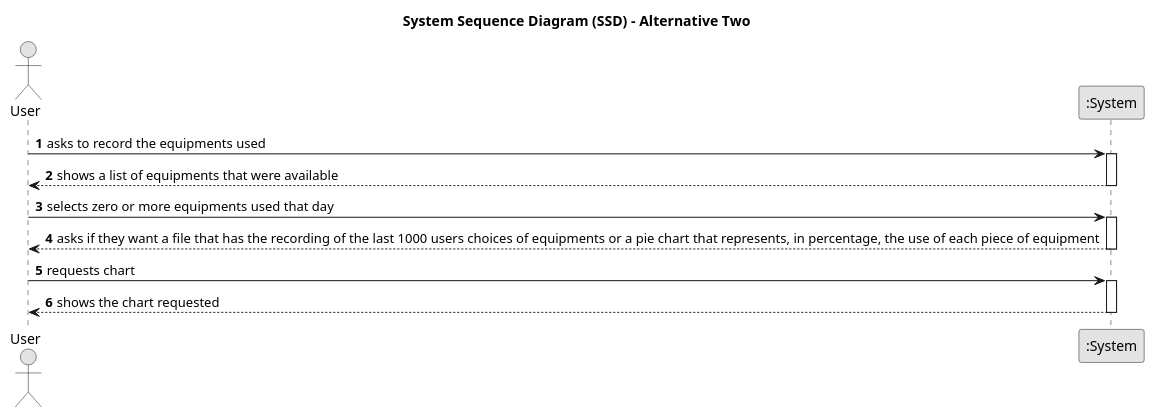
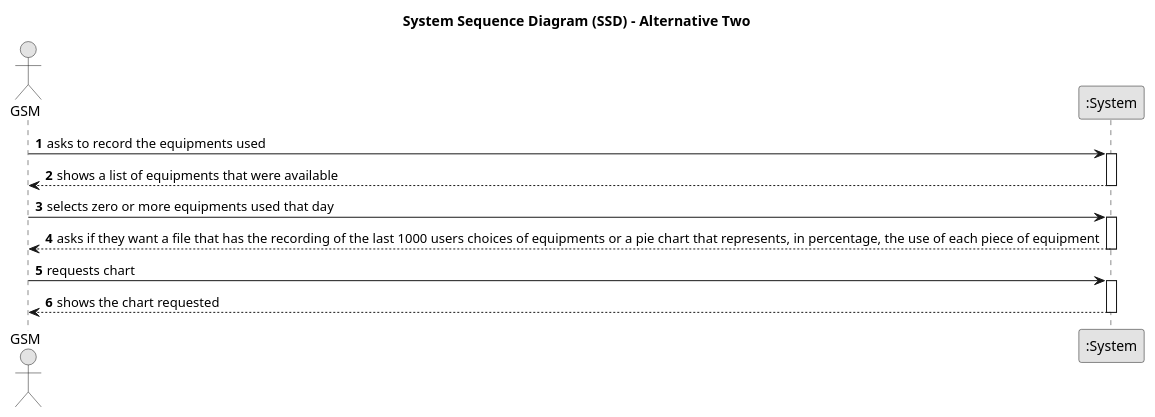
The diagram in docs/sprintB/us010/01.requirements-engineering/puml/us010-system-sequence-diagram-alternative-two.puml (SAEmanuel/Green_Spaces_Management_ISEP), drawn with PlantUML before and after one commit. The commit also changed 5 other files, not shown here.

```diff
--- a/docs/sprintB/us010/01.requirements-engineering/puml/us010-system-sequence-diagram-alternative-two.puml
+++ b/docs/sprintB/us010/01.requirements-engineering/puml/us010-system-sequence-diagram-alternative-two.puml
@@ -1,30 +1,30 @@
 @startuml
 skinparam monochrome true
 skinparam packageStyle rectangle
 skinparam shadowing false
 
 title System Sequence Diagram (SSD) - Alternative Two
 
 autonumber
 
-actor "User" as User
+actor "GSM" as User
 participant ":System" as System
 
 User -> System : asks to record the equipments used
     activate System
 
 System --> User : shows a list of equipments that were available
     deactivate System
 
 User -> System : selects zero or more equipments used that day
     activate System
 
 System --> User : asks if they want a file that has the recording of the last 1000 users choices of equipments or a pie chart that represents, in percentage, the use of each piece of equipment
     deactivate System
 
 User -> System : requests chart
     activate System
 
 System --> User : shows the chart requested
     deactivate System
 @enduml
```
